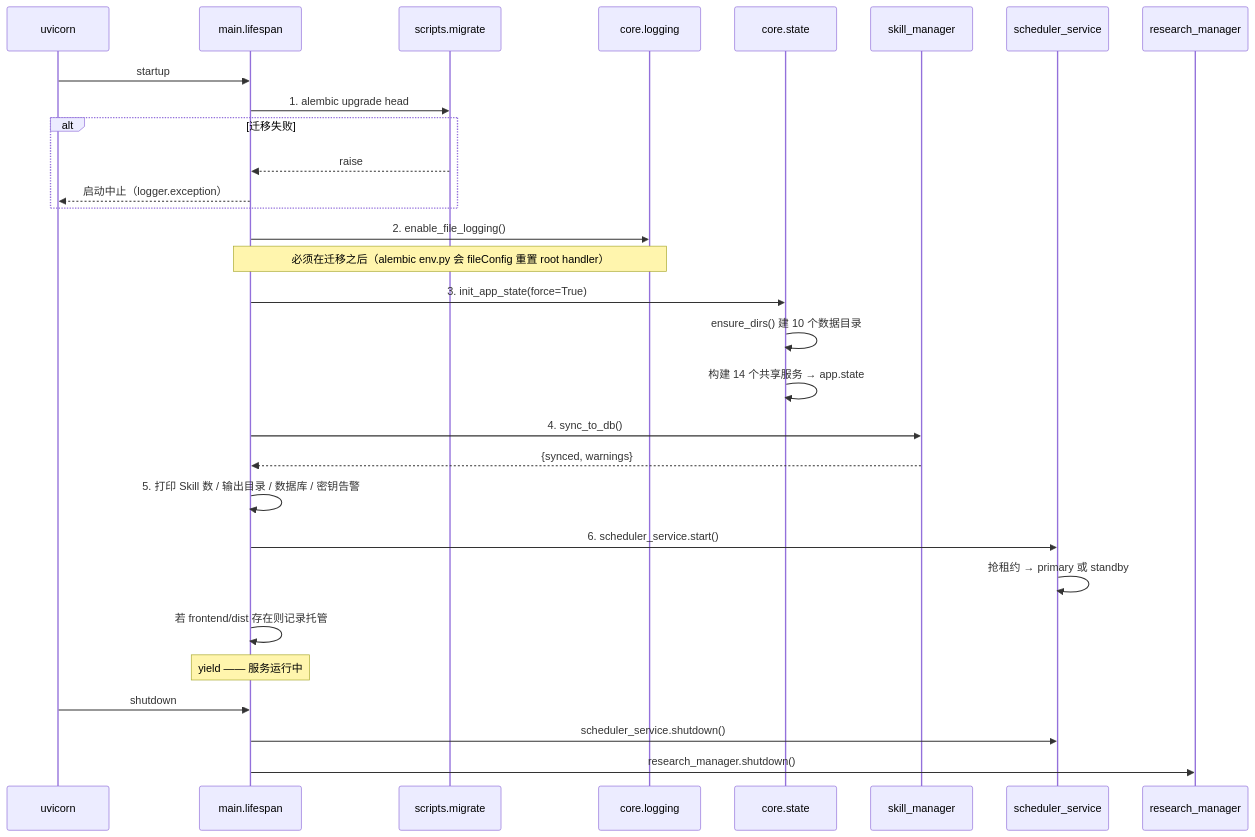
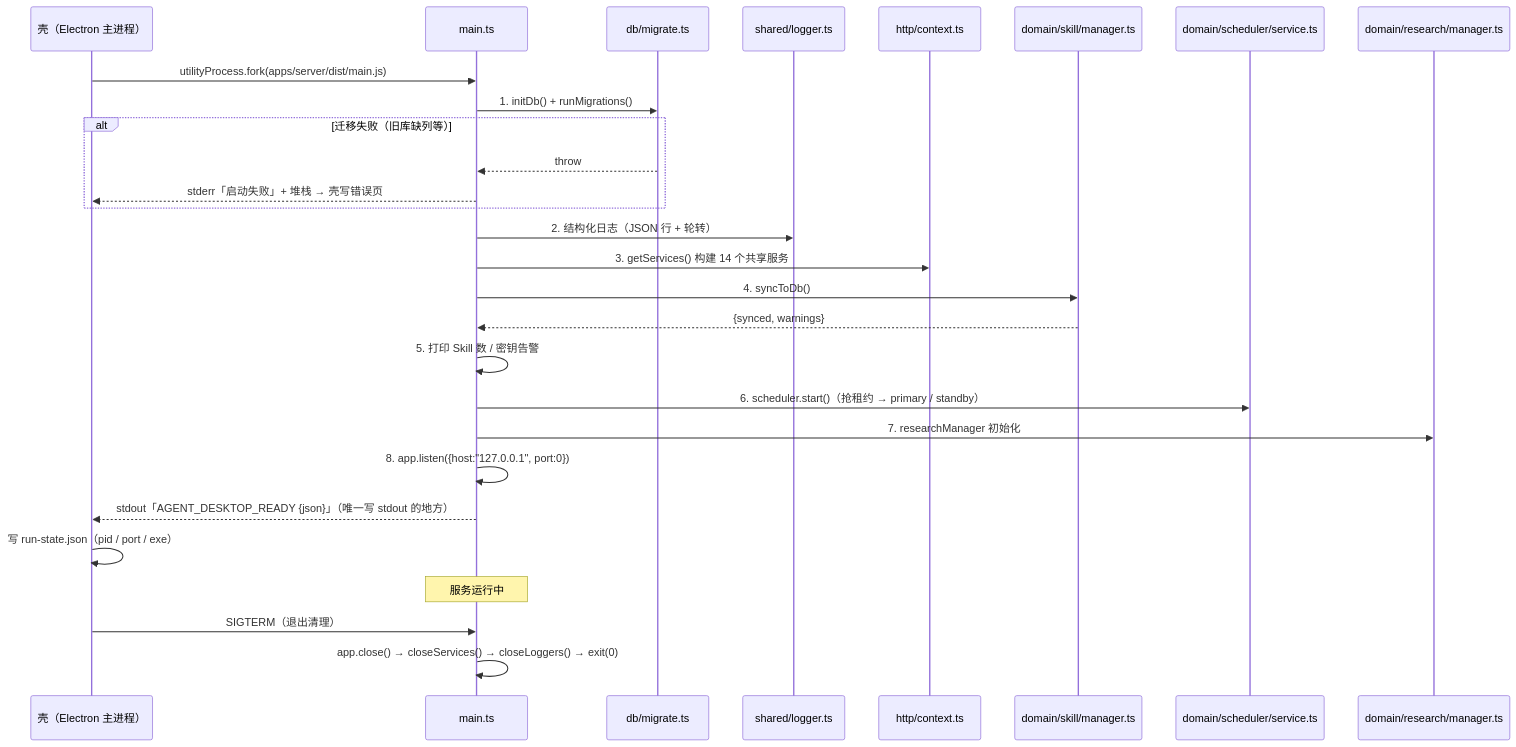
Before and after one commit to lzptouch/agent-platform: the second of 4 diagrams in doc/analysis/01_架构总览.md, drawn with Mermaid. The commit also changed other lines of this file and 646 other files, not shown here.

````diff
--- a/doc/analysis/01_架构总览.md
+++ b/doc/analysis/01_架构总览.md
@@ -148,33 +161,31 @@
 ```mermaid
 sequenceDiagram
-    participant U as uvicorn
-    participant M as main.lifespan
-    participant MIG as scripts.migrate
-    participant LOG as core.logging
-    participant ST as core.state
-    participant SM as skill_manager
-    participant SC as scheduler_service
-    participant RM as research_manager
+    participant S as 壳（Electron 主进程）
+    participant M as main.ts
+    participant MIG as db/migrate.ts
+    participant LOG as shared/logger.ts
+    participant CTX as http/context.ts
+    participant SM as domain/skill/manager.ts
+    participant SC as domain/scheduler/service.ts
+    participant RM as domain/research/manager.ts
 
-    U->>M: startup
-    M->>MIG: 1. alembic upgrade head
-    alt 迁移失败
-        MIG-->>M: raise
-        M-->>U: 启动中止（logger.exception）
+    S->>M: utilityProcess.fork(apps/server/dist/main.js)
+    M->>MIG: 1. initDb() + runMigrations()
+    alt 迁移失败（旧库缺列等）
+        MIG-->>M: throw
+        M-->>S: stderr「启动失败」+ 堆栈 → 壳写错误页
     end
-    M->>LOG: 2. enable_file_logging()
-    Note over M,LOG: 必须在迁移之后（alembic env.py 会 fileConfig 重置 root handler）
-    M->>ST: 3. init_app_state(force=True)
-    ST->>ST: ensure_dirs() 建 10 个数据目录
-    ST->>ST: 构建 14 个共享服务 → app.state
-    M->>SM: 4. sync_to_db()
+    M->>LOG: 2. 结构化日志（JSON 行 + 轮转）
+    M->>CTX: 3. getServices() 构建 14 个共享服务
+    M->>SM: 4. syncToDb()
     SM-->>M: {synced, warnings}
-    M->>M: 5. 打印 Skill 数 / 输出目录 / 数据库 / 密钥告警
-    M->>SC: 6. scheduler_service.start()
-    SC->>SC: 抢租约 → primary 或 standby
-    M->>M: 若 frontend/dist 存在则记录托管
-    Note over M: yield —— 服务运行中
-    U->>M: shutdown
-    M->>SC: scheduler_service.shutdown()
-    M->>RM: research_manager.shutdown()
+    M->>M: 5. 打印 Skill 数 / 密钥告警
+    M->>SC: 6. scheduler.start()（抢租约 → primary / standby）
+    M->>RM: 7. researchManager 初始化
+    M->>M: 8. app.listen({host:"127.0.0.1", port:0})
+    M-->>S: stdout「AGENT_DESKTOP_READY {json}」（唯一写 stdout 的地方）
+    S->>S: 写 run-state.json（pid / port / exe）
+    Note over M: 服务运行中
+    S->>M: SIGTERM（退出清理）
+    M->>M: app.close() → closeServices() → closeLoggers() → exit(0)
 ```
````
